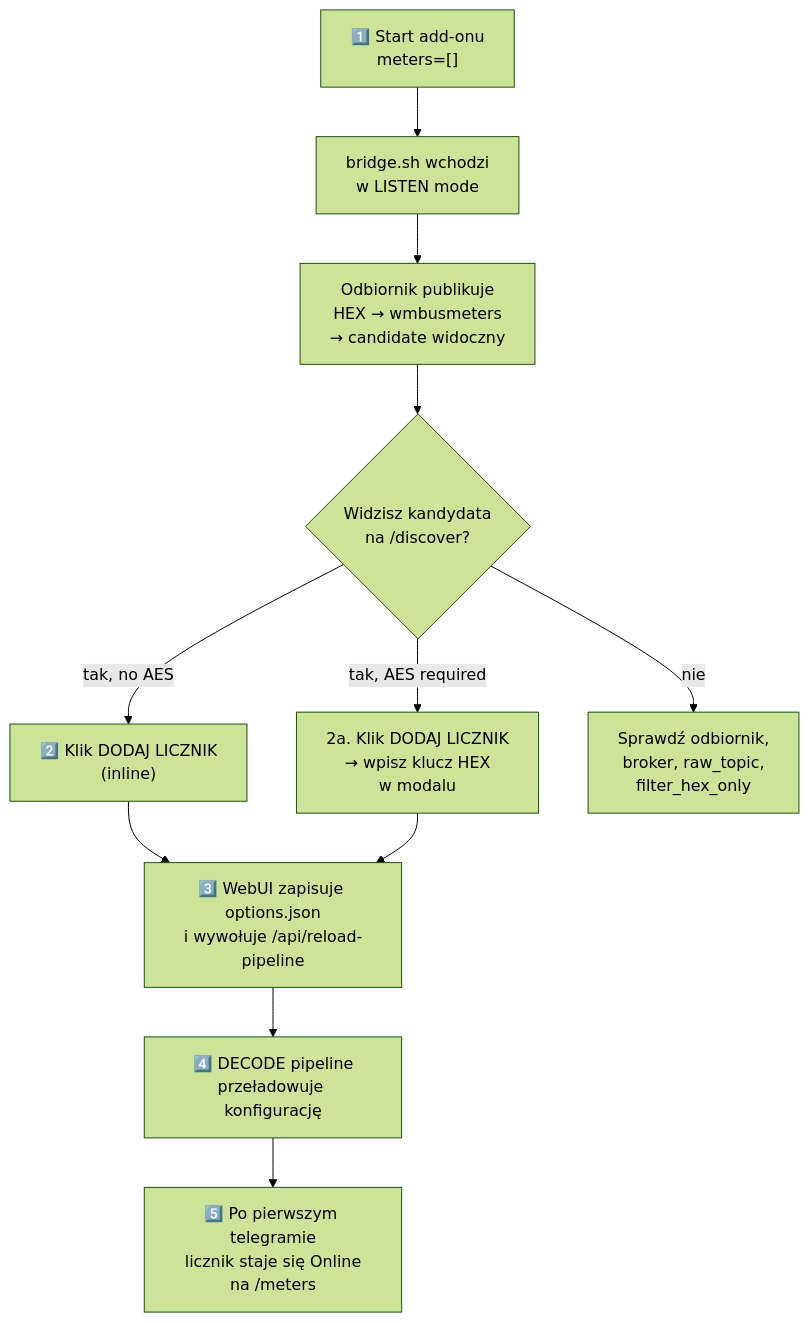
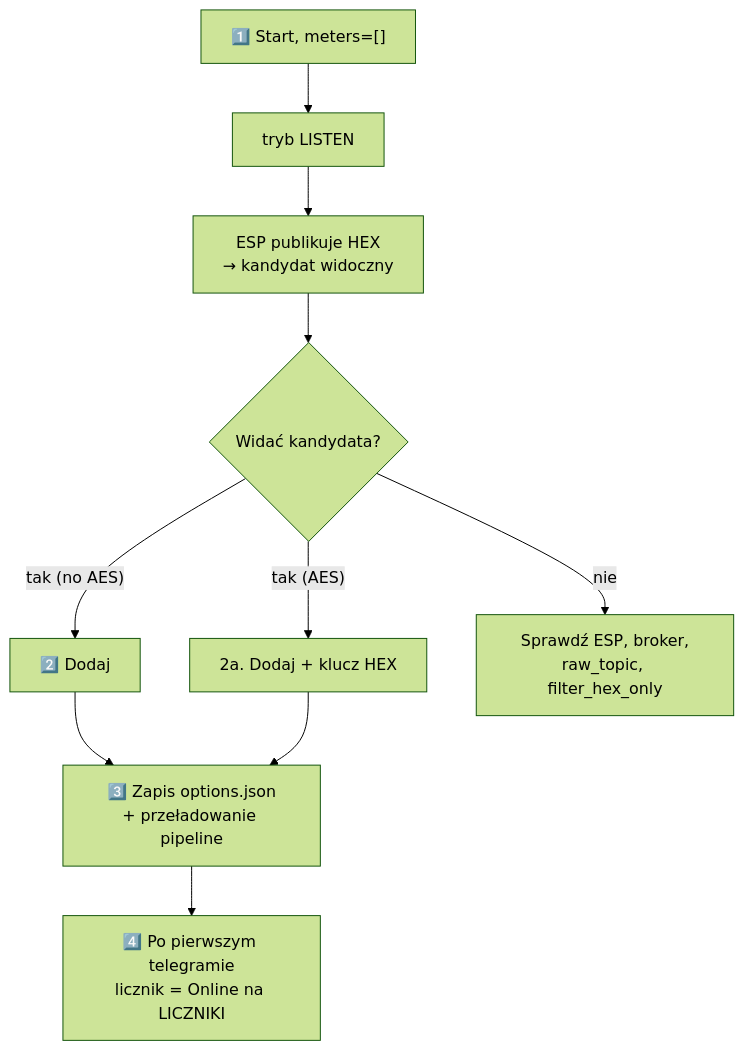
One commit to Kustonium/homeassistant-wmbus-mqtt-bridge-dev changed the second of 2 diagrams in docs/README.pl.md. Above: the diagram before and after it, drawn with Mermaid (forest theme). The commit also changed other lines of this file, not shown here.

First line of the commit message:
docs(pl): slim README.pl to a user guide; move internals to ARCHITECTURE.md

````diff
--- a/docs/README.pl.md
+++ b/docs/README.pl.md
@@ -319,13 +162,12 @@
 ```mermaid
 flowchart TD
-  A["1️⃣ Start add-onu<br/>meters=[]"] --> B["bridge.sh wchodzi<br/>w LISTEN mode"]
-  B --> C["Odbiornik publikuje<br/>HEX → wmbusmeters<br/>→ candidate widoczny"]
-  C --> D{"Widzisz kandydata<br/>na /discover?"}
-  D -- "tak, no AES" --> E["2️⃣ Klik DODAJ LICZNIK<br/>(inline)"]
-  D -- "tak, AES required" --> F["2a. Klik DODAJ LICZNIK<br/>→ wpisz klucz HEX<br/>w modalu"]
-  D -- "nie" --> G["Sprawdź odbiornik,<br/>broker, raw_topic,<br/>filter_hex_only"]
-  E --> H["3️⃣ WebUI zapisuje options.json<br/>i wywołuje /api/reload-pipeline"]
+  A["1️⃣ Start, meters=[]"] --> B["tryb LISTEN"]
+  B --> C["ESP publikuje HEX<br/>→ kandydat widoczny"]
+  C --> D{"Widać kandydata?"}
+  D -- "tak (no AES)" --> E["2️⃣ Dodaj"]
+  D -- "tak (AES)" --> F["2a. Dodaj + klucz HEX"]
+  D -- "nie" --> G["Sprawdź ESP, broker,<br/>raw_topic, filter_hex_only"]
+  E --> H["3️⃣ Zapis options.json<br/>+ przeładowanie pipeline"]
   F --> H
-  H --> I["4️⃣ DECODE pipeline<br/>przeładowuje konfigurację"]
-  I --> J["5️⃣ Po pierwszym telegramie<br/>licznik staje się Online<br/>na /meters"]
+  H --> I["4️⃣ Po pierwszym telegramie<br/>licznik = Online na LICZNIKI"]
 ```
````
